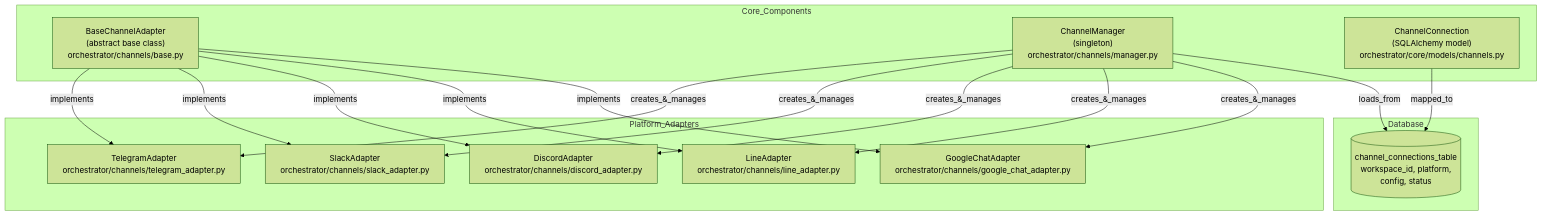
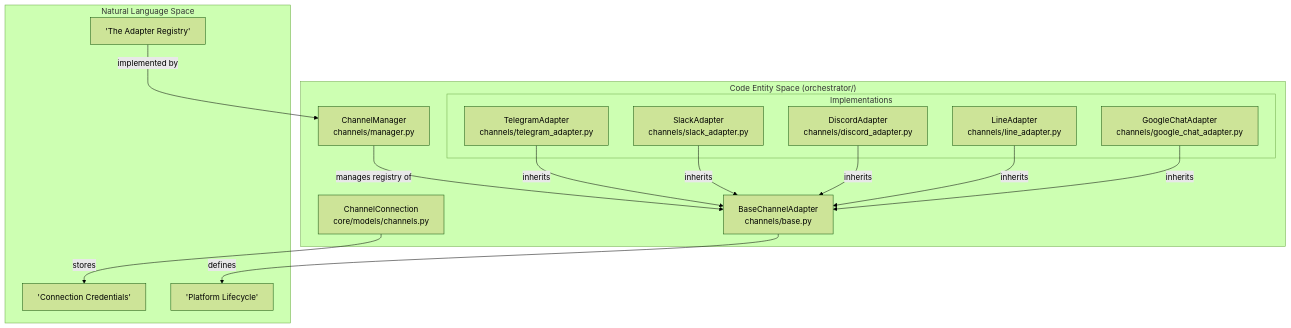
Before and after one commit to AutomatosAI/automatos-ai: the first of 2 diagrams in docs/channel-integrations/_index.md, drawn with Mermaid (forest theme). The commit also changed other lines of this file and 153 other files, not shown here.

````diff
--- a/docs/channel-integrations/_index.md
+++ b/docs/channel-integrations/_index.md
@@ -50,35 +46,32 @@
 ```mermaid
 graph TB
-    subgraph "Core_Components"
-        BaseChannelAdapter["BaseChannelAdapter<br/>(abstract base class)<br/>orchestrator/channels/base.py"]
-        ChannelManager["ChannelManager<br/>(singleton)<br/>orchestrator/channels/manager.py"]
-        ChannelConnection["ChannelConnection<br/>(SQLAlchemy model)<br/>orchestrator/core/models/channels.py"]
+    subgraph "Code Entity Space (orchestrator/)"
+        BaseAdapter["BaseChannelAdapter<br/>channels/base.py"]
+        Manager["ChannelManager<br/>channels/manager.py"]
+        ConnModel["ChannelConnection<br/>core/models/channels.py"]
+        
+        subgraph "Implementations"
+            TG["TelegramAdapter<br/>channels/telegram_adapter.py"]
+            SL["SlackAdapter<br/>channels/slack_adapter.py"]
+            DC["DiscordAdapter<br/>channels/discord_adapter.py"]
+            LN["LineAdapter<br/>channels/line_adapter.py"]
+            GC["GoogleChatAdapter<br/>channels/google_chat_adapter.py"]
+        end
     end
     
-    subgraph "Platform_Adapters"
-        TelegramAdapter["TelegramAdapter<br/>orchestrator/channels/telegram_adapter.py"]
-        SlackAdapter["SlackAdapter<br/>orchestrator/channels/slack_adapter.py"]
-        DiscordAdapter["DiscordAdapter<br/>orchestrator/channels/discord_adapter.py"]
-        LineAdapter["LineAdapter<br/>orchestrator/channels/line_adapter.py"]
-        GoogleChatAdapter["GoogleChatAdapter<br/>orchestrator/channels/google_chat_adapter.py"]
+    subgraph "Natural Language Space"
+        Concept1["'The Adapter Registry'"]
+        Concept2["'Connection Credentials'"]
+        Concept3["'Platform Lifecycle'"]
     end
     
-    subgraph "Database"
-        DB[("channel_connections_table<br/>workspace_id, platform,<br/>config, status")]
-    end
-    
-    BaseChannelAdapter -->|"implements"| TelegramAdapter
-    BaseChannelAdapter -->|"implements"| SlackAdapter
-    BaseChannelAdapter -->|"implements"| DiscordAdapter
-    BaseChannelAdapter -->|"implements"| LineAdapter
-    BaseChannelAdapter -->|"implements"| GoogleChatAdapter
-    
-    ChannelManager -->|"creates_&_manages"| TelegramAdapter
-    ChannelManager -->|"creates_&_manages"| SlackAdapter
-    ChannelManager -->|"creates_&_manages"| DiscordAdapter
-    ChannelManager -->|"creates_&_manages"| LineAdapter
-    ChannelManager -->|"creates_&_manages"| GoogleChatAdapter
-    
-    ChannelManager -->|"loads_from"| DB
-    ChannelConnection -->|"mapped_to"| DB
+    Manager -- "manages registry of" --> BaseAdapter
+    ConnModel -- "stores" --> Concept2
+    BaseAdapter -- "defines" --> Concept3
+    Concept1 -- "implemented by" --> Manager
+    TG -- "inherits" --> BaseAdapter
+    SL -- "inherits" --> BaseAdapter
+    DC -- "inherits" --> BaseAdapter
+    LN -- "inherits" --> BaseAdapter
+    GC -- "inherits" --> BaseAdapter
 ```
````
